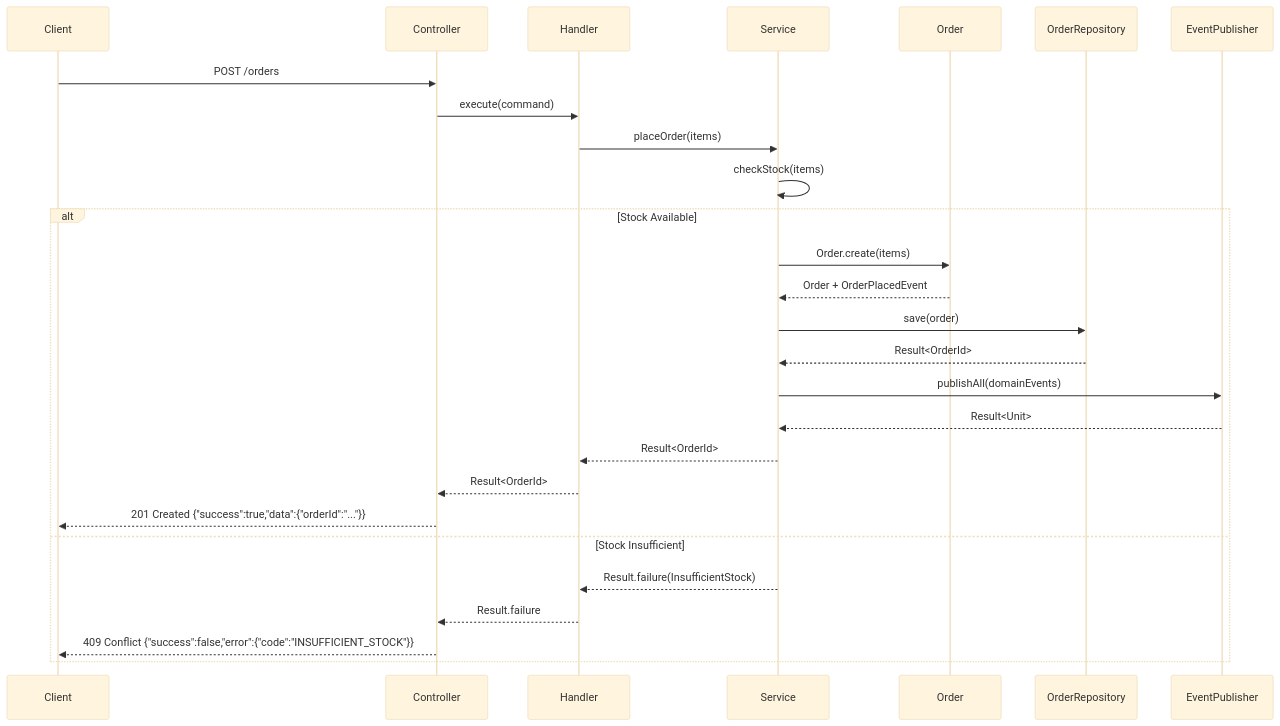
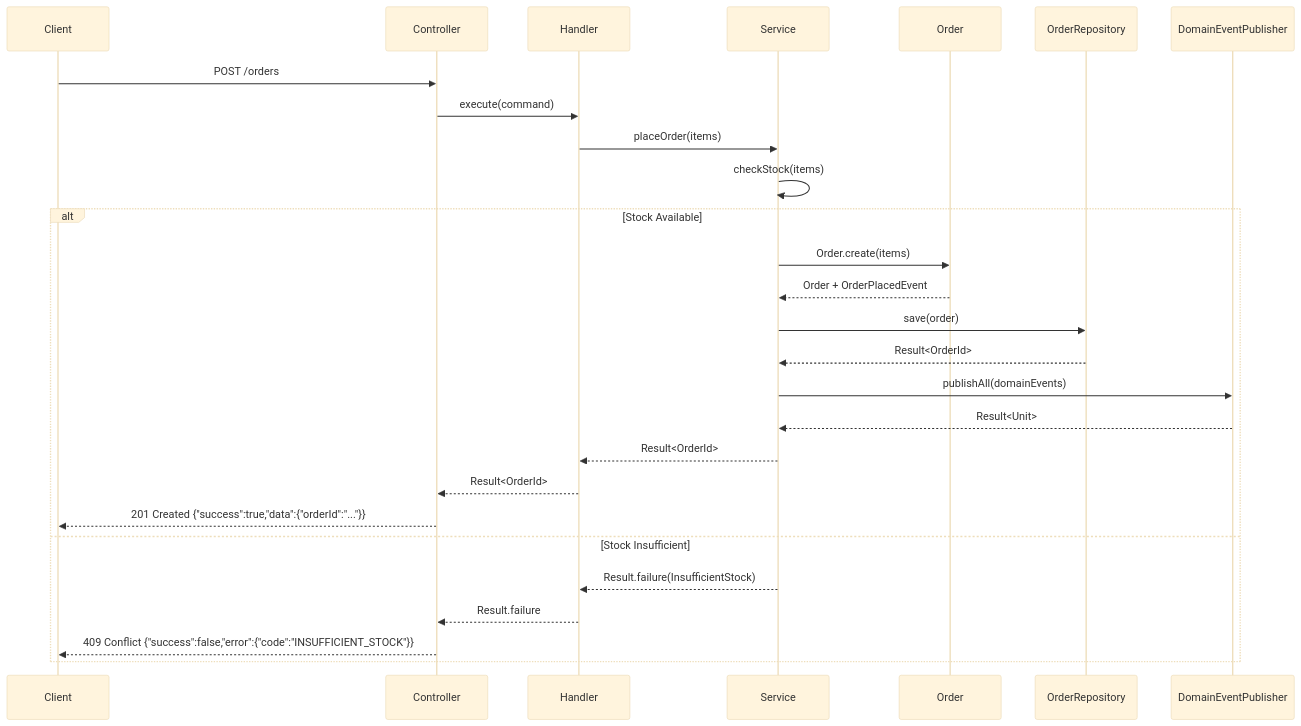
Before and after one commit to windyboy/order-demo: the second of 2 diagrams in ARCHITECTURE.md, drawn with Mermaid (base theme). The commit also changed other lines of this file and 4 other files, not shown here.

Commit message:
Refactor architecture documentation and update code structure for incoming ports

````diff
--- a/ARCHITECTURE.md
+++ b/ARCHITECTURE.md
@@ -126,31 +126,31 @@
 ```mermaid
 sequenceDiagram
     participant Client
     participant Controller
     participant Handler
     participant Service
     participant Domain as Order
     participant Repo as OrderRepository
-    participant EventPub as EventPublisher
+    participant EventPub as DomainEventPublisher
     
     Client->>Controller: POST /orders
     Controller->>Handler: execute(command)
     Handler->>Service: placeOrder(items)
     
     Service->>Service: checkStock(items)
     alt Stock Available
         Service->>Domain: Order.create(items)
         Domain-->>Service: Order + OrderPlacedEvent
         Service->>Repo: save(order)
         Repo-->>Service: Result<OrderId>
         Service->>EventPub: publishAll(domainEvents)
         EventPub-->>Service: Result<Unit>
         Service-->>Handler: Result<OrderId>
         Handler-->>Controller: Result<OrderId>
         Controller-->>Client: 201 Created {"success":true,"data":{"orderId":"..."}}
     else Stock Insufficient
         Service-->>Handler: Result.failure(InsufficientStock)
         Handler-->>Controller: Result.failure
         Controller-->>Client: 409 Conflict {"success":false,"error":{"code":"INSUFFICIENT_STOCK"}}
     end
 ```
````
